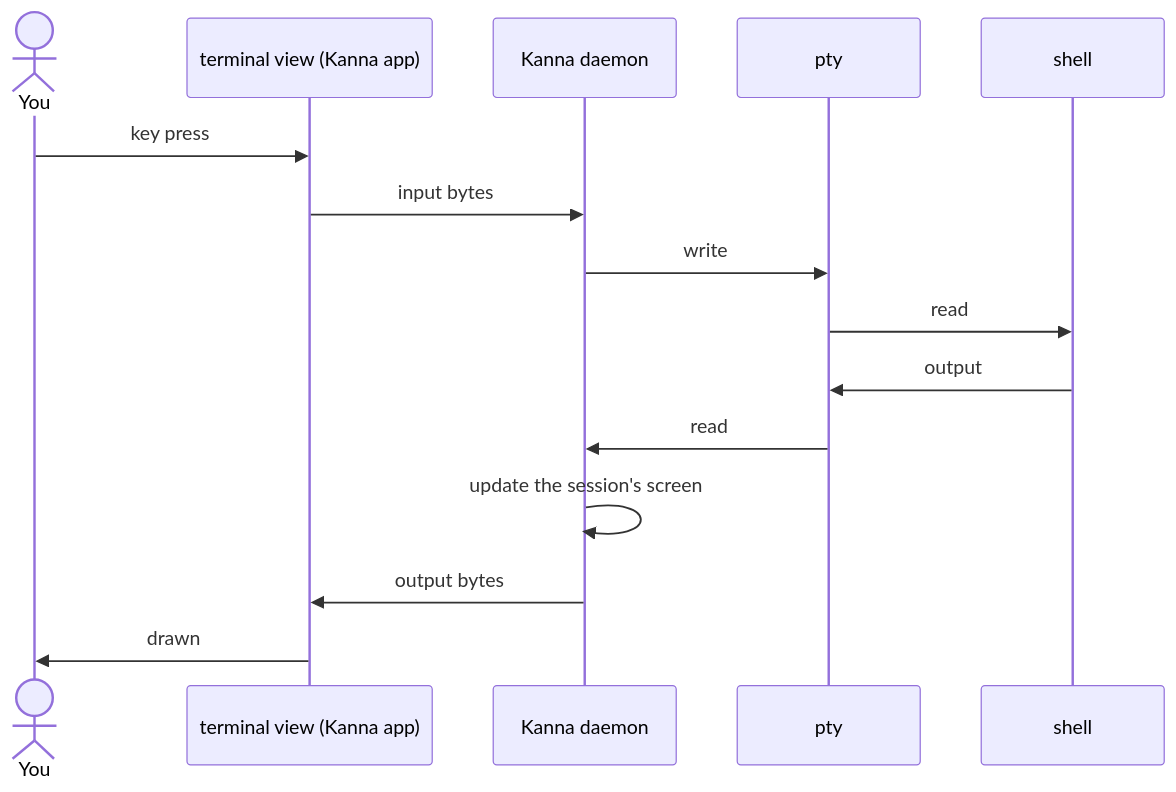
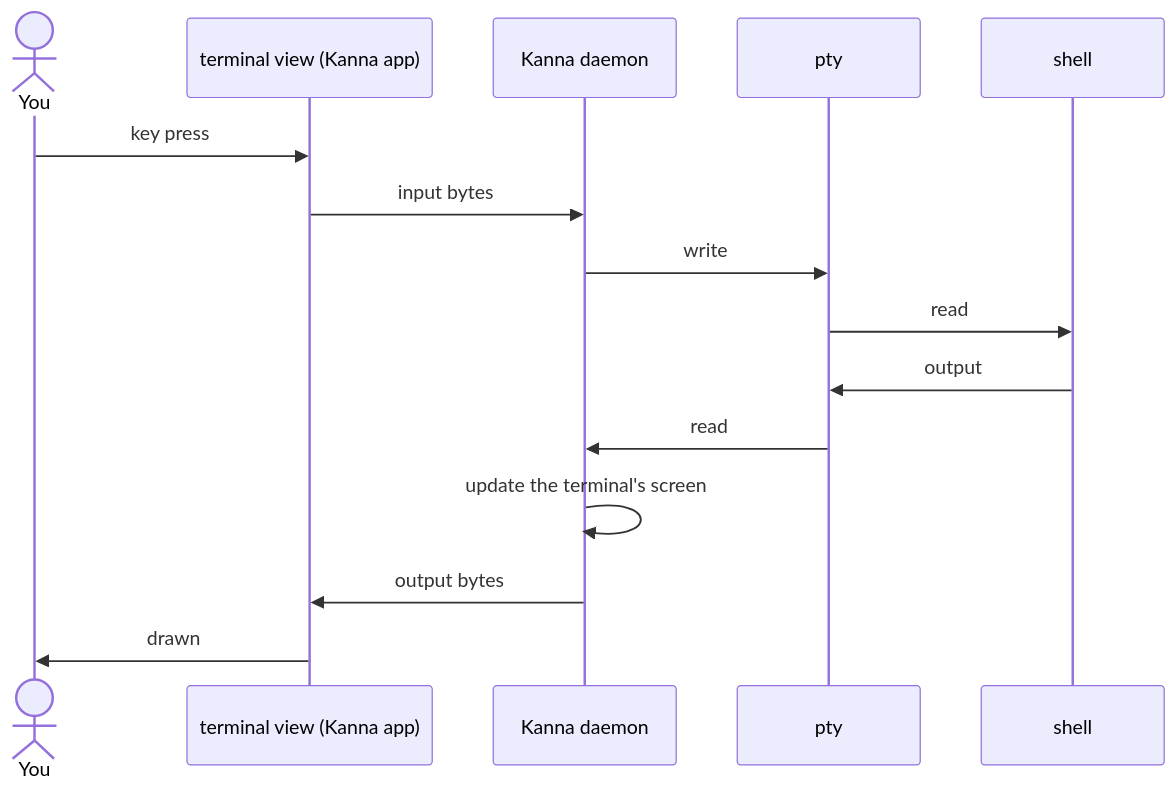
The sixth of 9 diagrams in docs/research/mux-architecture.md (jemdiggity/kanna-v4), drawn with Mermaid before and after one commit. The commit also changed other lines of this file, not shown here.

Commit message:
Mux architecture: only terminals live in the daemon; web, markdown and iOS are layout state

````diff
--- a/docs/research/mux-architecture.md
+++ b/docs/research/mux-architecture.md
@@ -280,17 +216,17 @@
 ```mermaid
 sequenceDiagram
     actor You
     participant G as terminal view (Kanna app)
     participant D as Kanna daemon
     participant P as pty
     participant S as shell
     You->>G: key press
     G->>D: input bytes
     D->>P: write
     P->>S: read
     S->>P: output
     P->>D: read
-    D->>D: update the session's screen
+    D->>D: update the terminal's screen
     D->>G: output bytes
     G->>You: drawn
 ```
````
